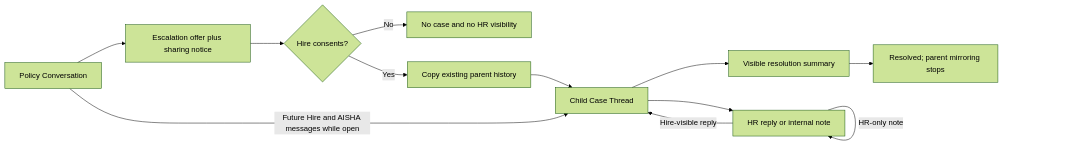
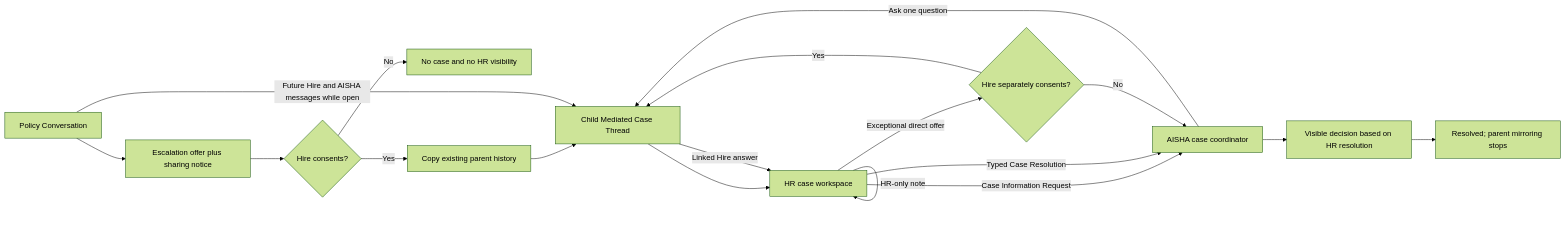
One commit to Mateogas/STAI changed the third of 6 diagrams in docs/ARCHITECTURE_DIAGRAMS.md. Above: the diagram before and after it, drawn with Mermaid (forest theme). The commit also changed other lines of this file and 59 other files, not shown here.

````diff
--- a/docs/ARCHITECTURE_DIAGRAMS.md
+++ b/docs/ARCHITECTURE_DIAGRAMS.md
@@ -89,14 +89,20 @@
 ```mermaid
 flowchart LR
     Parent["Policy Conversation"] --> Offer["Escalation offer plus sharing notice"]
     Offer --> Consent{"Hire consents?"}
     Consent -- No --> Private["No case and no HR visibility"]
     Consent -- Yes --> Backfill["Copy existing parent history"]
-    Backfill --> Thread["Child Case Thread"]
+    Backfill --> Thread["Child Mediated Case Thread"]
     Parent -- "Future Hire and AISHA messages while open" --> Thread
-    Thread --> HR["HR reply or internal note"]
-    HR -- "Hire-visible reply" --> Thread
+    Thread --> HR["HR case workspace"]
+    HR -- "Case Information Request" --> AISHA["AISHA case coordinator"]
+    AISHA -- "Ask one question" --> Thread
+    Thread -- "Linked Hire answer" --> HR
     HR -- "HR-only note" --> HR
-    Thread --> Resolve["Visible resolution summary"]
+    HR -- "Typed Case Resolution" --> AISHA
+    AISHA --> Resolve["Visible decision based on HR resolution"]
+    HR -- "Exceptional direct offer" --> Direct{"Hire separately consents?"}
+    Direct -- Yes --> Thread
+    Direct -- No --> AISHA
     Resolve --> Stop["Resolved; parent mirroring stops"]
 ```
````
